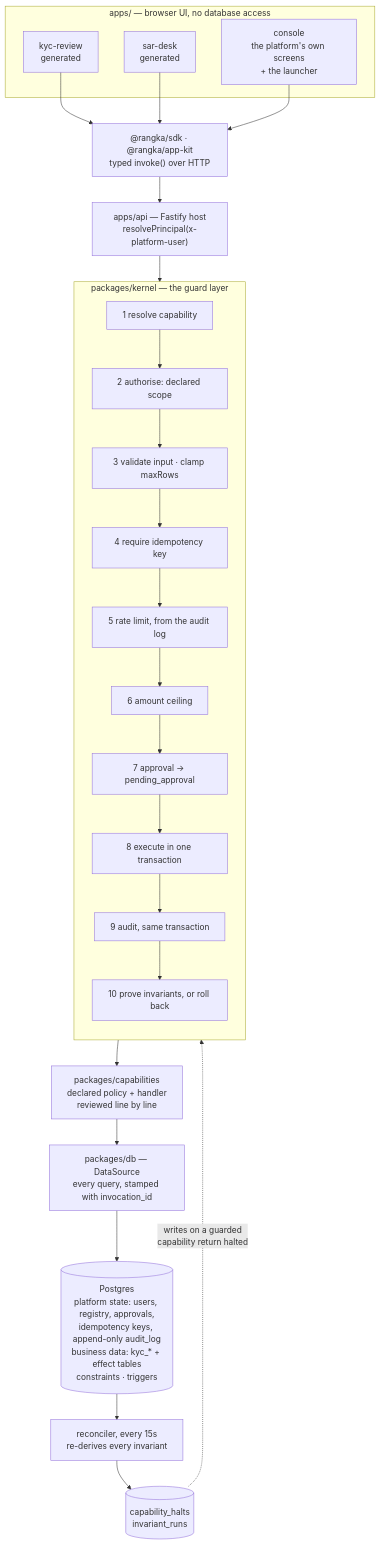
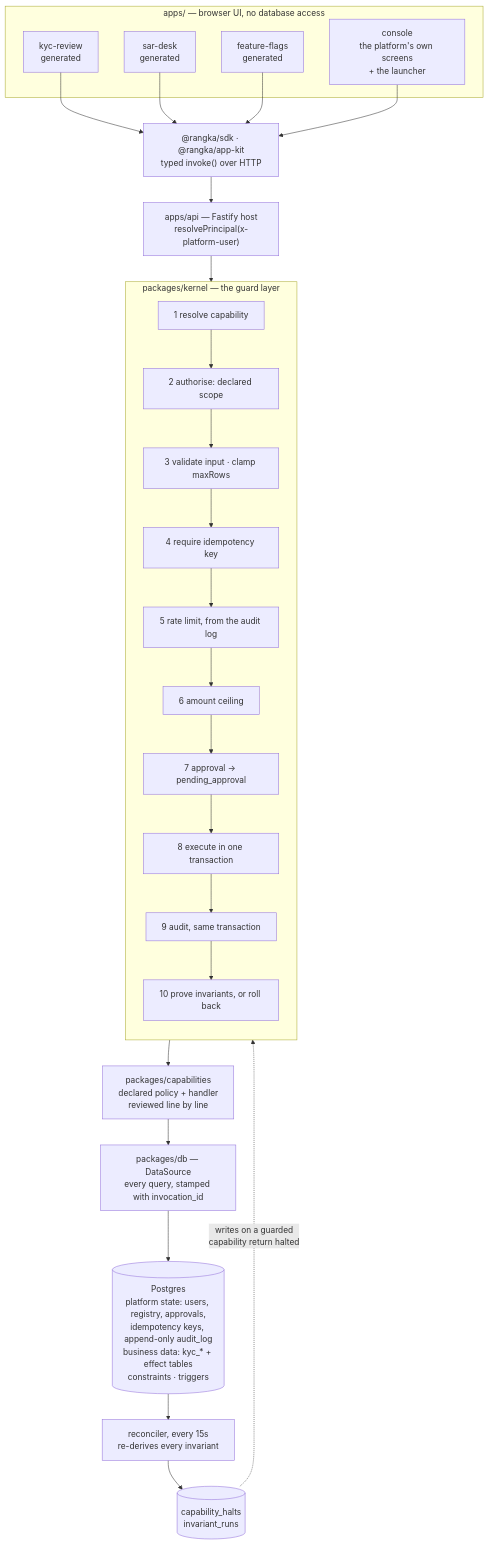
One commit to tooyipjee/tech-take-home changed the diagram in docs/architecture.md. Above: the diagram before and after it, drawn with Mermaid.

Commit message:
Put the flag admin on the block diagram

````diff
--- a/docs/architecture.md
+++ b/docs/architecture.md
@@ -7,42 +7,44 @@
 ```mermaid
 flowchart TB
   subgraph appsbox["apps/ — browser UI, no database access"]
     kyc["kyc-review<br/>generated"]
     sar["sar-desk<br/>generated"]
+    flags["feature-flags<br/>generated"]
     console["console<br/>the platform's own screens<br/>+ the launcher"]
   end
 
   sdk["@rangka/sdk · @rangka/app-kit<br/>typed invoke() over HTTP"]
   api["apps/api — Fastify host<br/>resolvePrincipal(x-platform-user)"]
 
   subgraph guard["packages/kernel — the guard layer"]
     direction TB
     p1["1 resolve capability"] --> p2["2 authorise: declared scope"]
     p2 --> p3["3 validate input · clamp maxRows"]
     p3 --> p4["4 require idempotency key"]
     p4 --> p5["5 rate limit, from the audit log"]
     p5 --> p6["6 amount ceiling"]
     p6 --> p7["7 approval → pending_approval"]
     p7 --> p8["8 execute in one transaction"]
     p8 --> p9["9 audit, same transaction"]
     p9 --> p10["10 prove invariants, or roll back"]
   end
 
   caps["packages/capabilities<br/>declared policy + handler<br/>reviewed line by line"]
   ds["packages/db — DataSource<br/>every query, stamped with invocation_id"]
   pg[("Postgres<br/>platform state: users, registry, approvals,<br/>idempotency keys, append-only audit_log<br/>business data: kyc_* + effect tables<br/>constraints · triggers")]
   recon["reconciler, every 15s<br/>re-derives every invariant"]
   halts[("capability_halts<br/>invariant_runs")]
 
   kyc --> sdk
   sar --> sdk
+  flags --> sdk
   console --> sdk
   sdk --> api
   api --> p1
   p8 --> caps
   caps --> ds
   ds --> pg
   pg --> recon
   recon --> halts
   halts -.->|"writes on a guarded<br/>capability return halted"| p1
 ```
````
